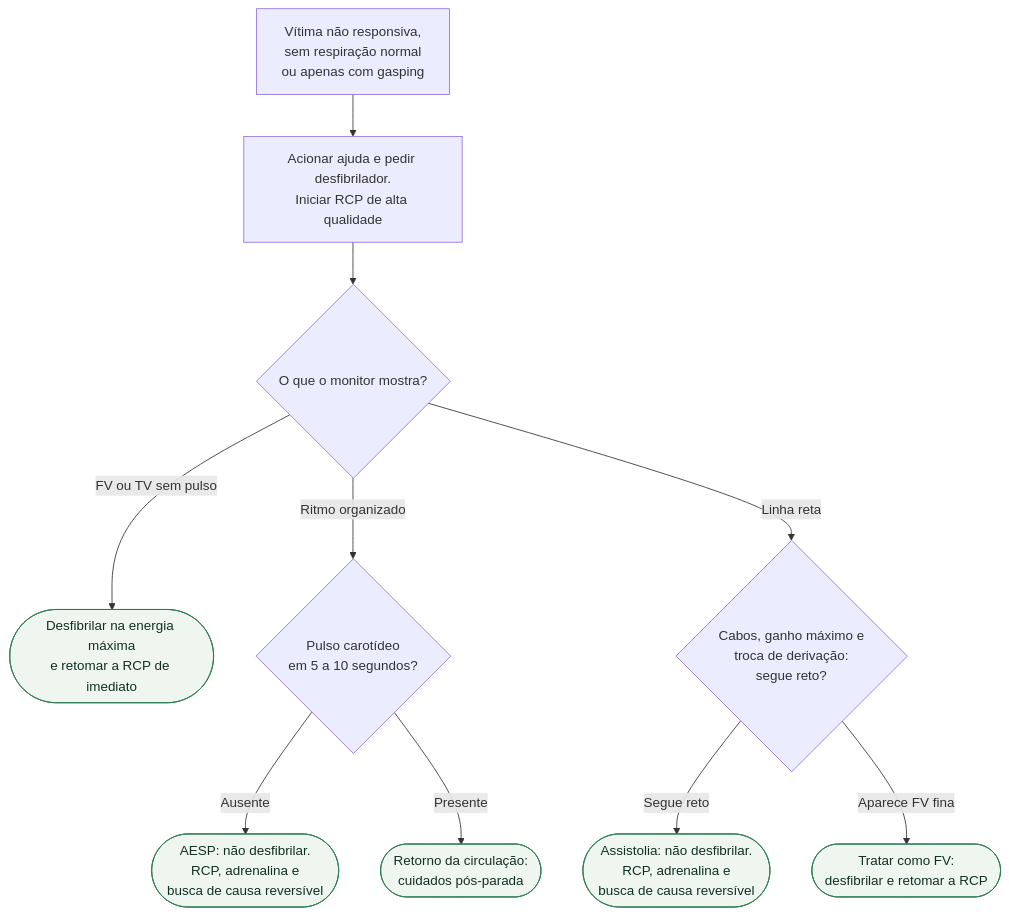
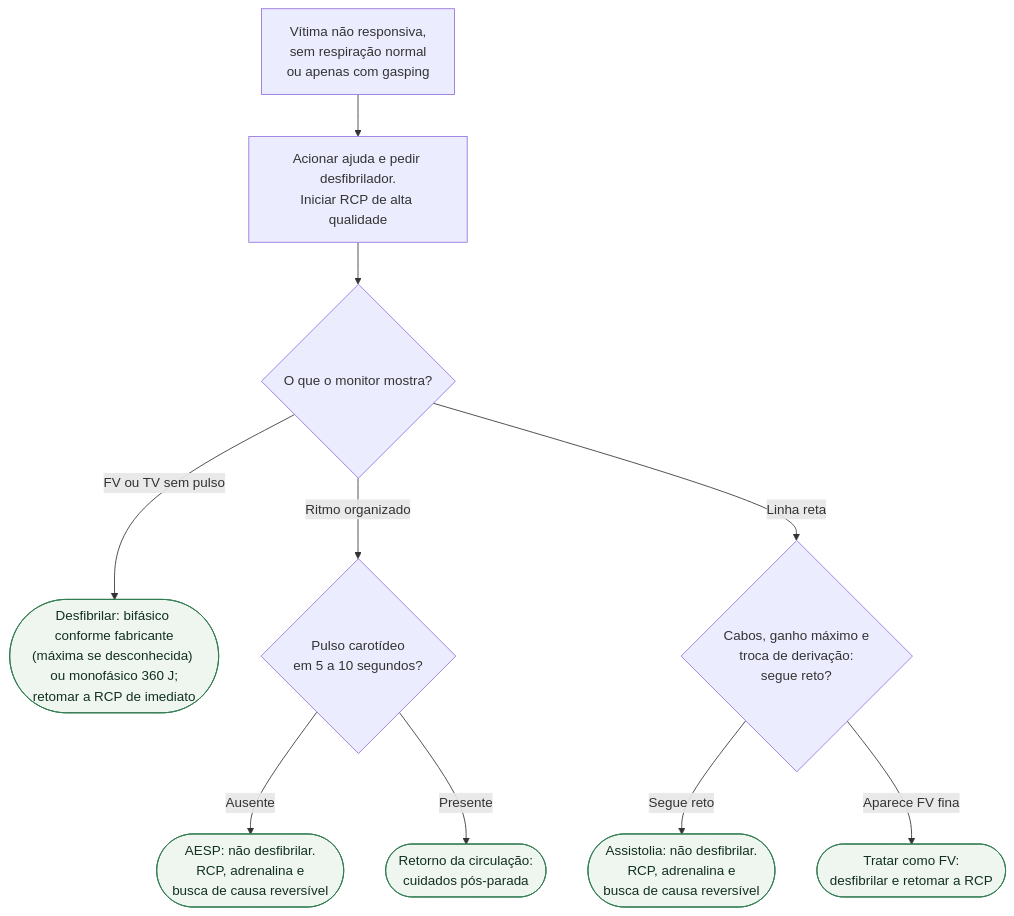
Before and after one commit to rafaelpaesmeirelles/MeuCardio: the diagram in content/Terapia_intensiva/fluxograma-parada-cardiorrespiratoria-ritmo-inicial.md, drawn with Mermaid. The commit also changed other lines of this file and 22 other files, not shown here.

````diff
--- a/content/Terapia_intensiva/fluxograma-parada-cardiorrespiratoria-ritmo-inicial.md
+++ b/content/Terapia_intensiva/fluxograma-parada-cardiorrespiratoria-ritmo-inicial.md
@@ -21,21 +22,21 @@
 ```mermaid
 flowchart TD
   R0["Vítima não responsiva,<br/>sem respiração normal<br/>ou apenas com gasping"] --> P1["Acionar ajuda e pedir desfibrilador.<br/>Iniciar RCP de alta qualidade"]
 
   P1 --> D1{"O que o monitor mostra?"}
 
-  D1 -->|"FV ou TV sem pulso"| C1(["Desfibrilar na energia máxima<br/>e retomar a RCP de imediato"])
+  D1 -->|"FV ou TV sem pulso"| C1(["Desfibrilar: bifásico conforme fabricante<br/>(máxima se desconhecida) ou monofásico 360 J;<br/>retomar a RCP de imediato"])
 
   D1 -->|"Ritmo organizado"| D2{"Pulso carotídeo<br/>em 5 a 10 segundos?"}
 
   D2 -->|"Ausente"| C2(["AESP: não desfibrilar.<br/>RCP, adrenalina e<br/>busca de causa reversível"])
   D2 -->|"Presente"| C3(["Retorno da circulação:<br/>cuidados pós-parada"])
 
   D1 -->|"Linha reta"| D3{"Cabos, ganho máximo e<br/>troca de derivação:<br/>segue reto?"}
 
   D3 -->|"Segue reto"| C4(["Assistolia: não desfibrilar.<br/>RCP, adrenalina e<br/>busca de causa reversível"])
   D3 -->|"Aparece FV fina"| C5(["Tratar como FV:<br/>desfibrilar e retomar a RCP"])
 
   classDef conduta fill:#eef6ef,stroke:#2f7a4f,color:#12301f;
   class C1,C2,C3,C4,C5 conduta;
 ```
````
